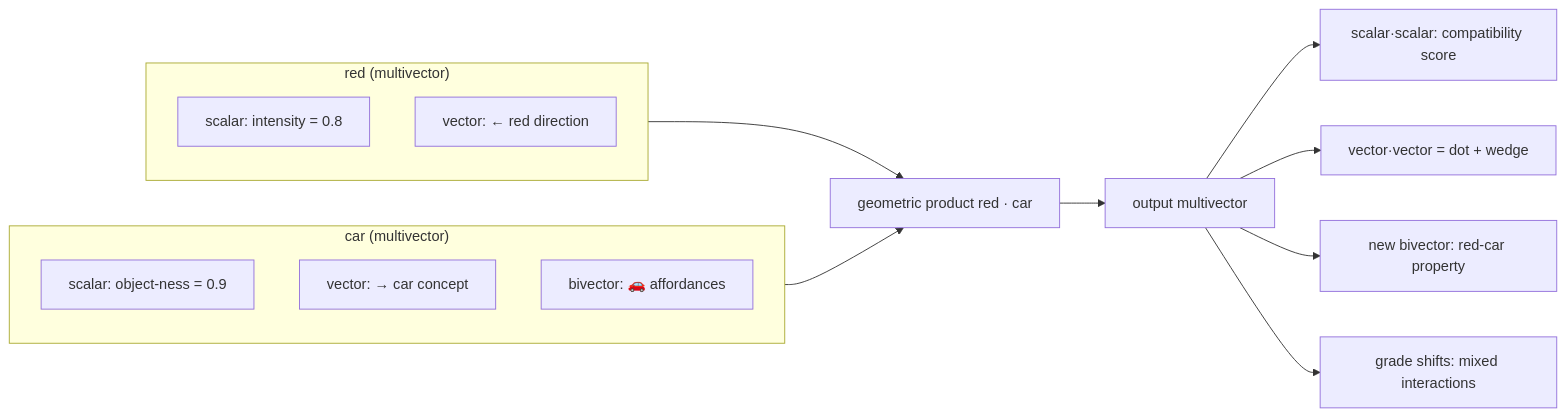
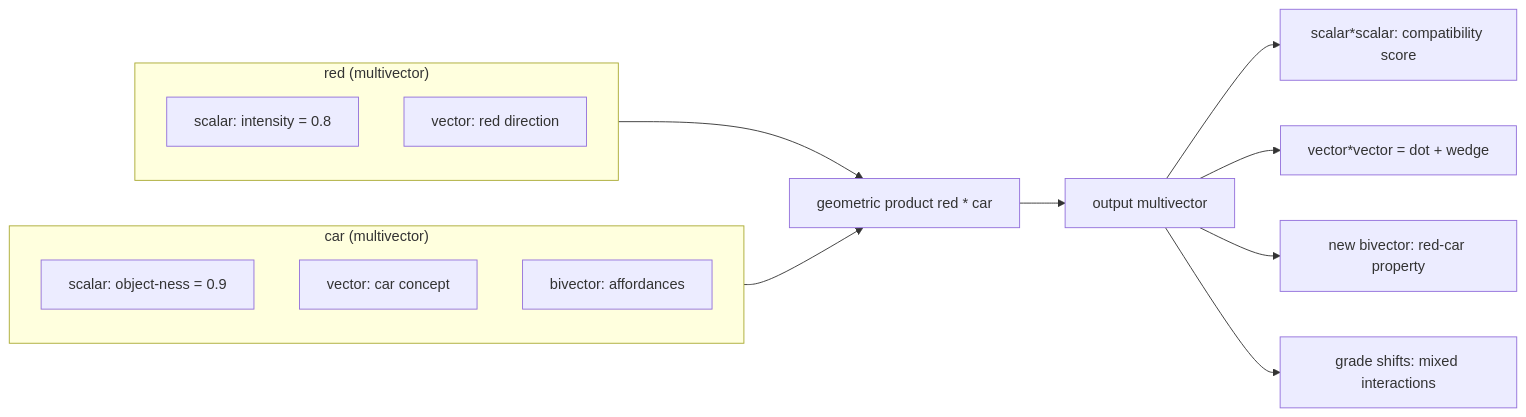
Before and after one commit to pebaryan/galbook: the fourth of 4 diagrams in manuscript.md, drawn with Mermaid. The commit also changed other lines of this file, not shown here.

First line of the commit message:
Fix mermaid diagrams: remove special chars causing parse errors

````diff
--- a/manuscript.md
+++ b/manuscript.md
@@ -488,22 +485,22 @@
 ```mermaid
 flowchart LR
     subgraph Red["red (multivector)"]
         R1["scalar: intensity = 0.8"]
-        R2["vector: ← red direction"]
+        R2["vector: red direction"]
     end
 
     subgraph Car["car (multivector)"]
         C1["scalar: object-ness = 0.9"]
-        C2["vector: → car concept"]
-        C3["bivector: 🚗 affordances"]
+        C2["vector: car concept"]
+        C3["bivector: affordances"]
     end
 
-    Red --> GP["geometric product red · car"]
+    Red --> GP["geometric product red * car"]
     Car --> GP
     GP --> Result["output multivector"]
     
-    Result --> D1["scalar·scalar: compatibility score"]
-    Result --> D2["vector·vector = dot + wedge"]
+    Result --> D1["scalar*scalar: compatibility score"]
+    Result --> D2["vector*vector = dot + wedge"]
     Result --> D3["new bivector: red-car property"]
     Result --> D4["grade shifts: mixed interactions"]
 ```
````
